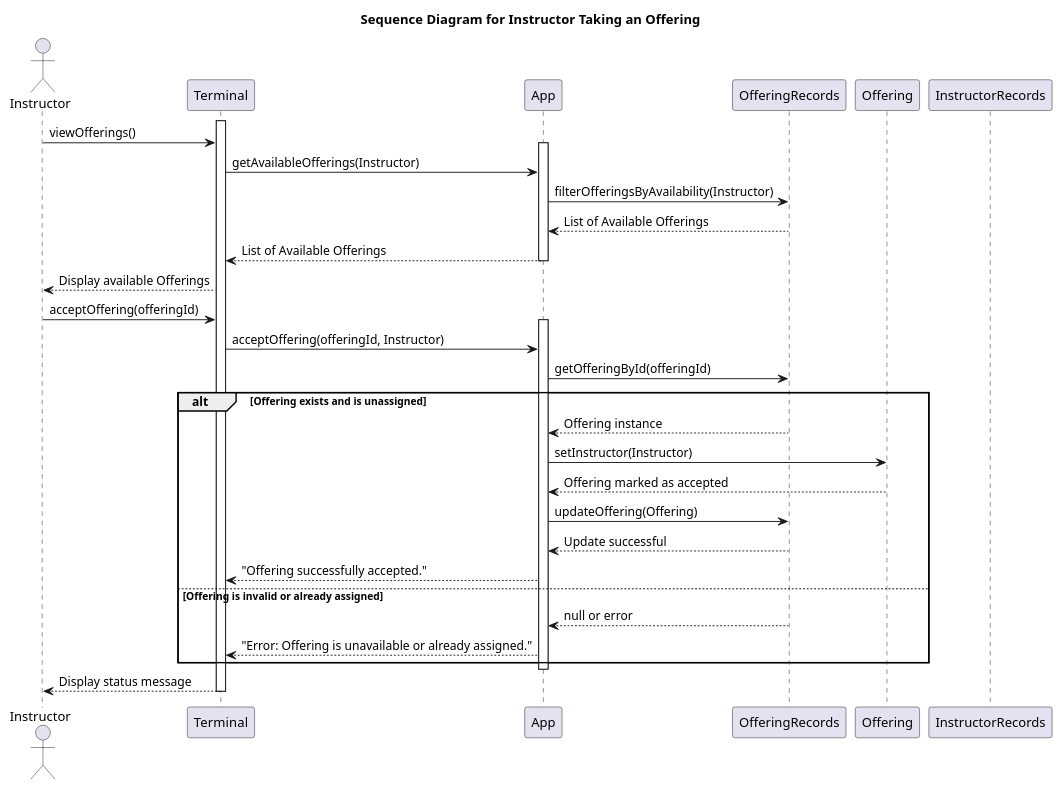
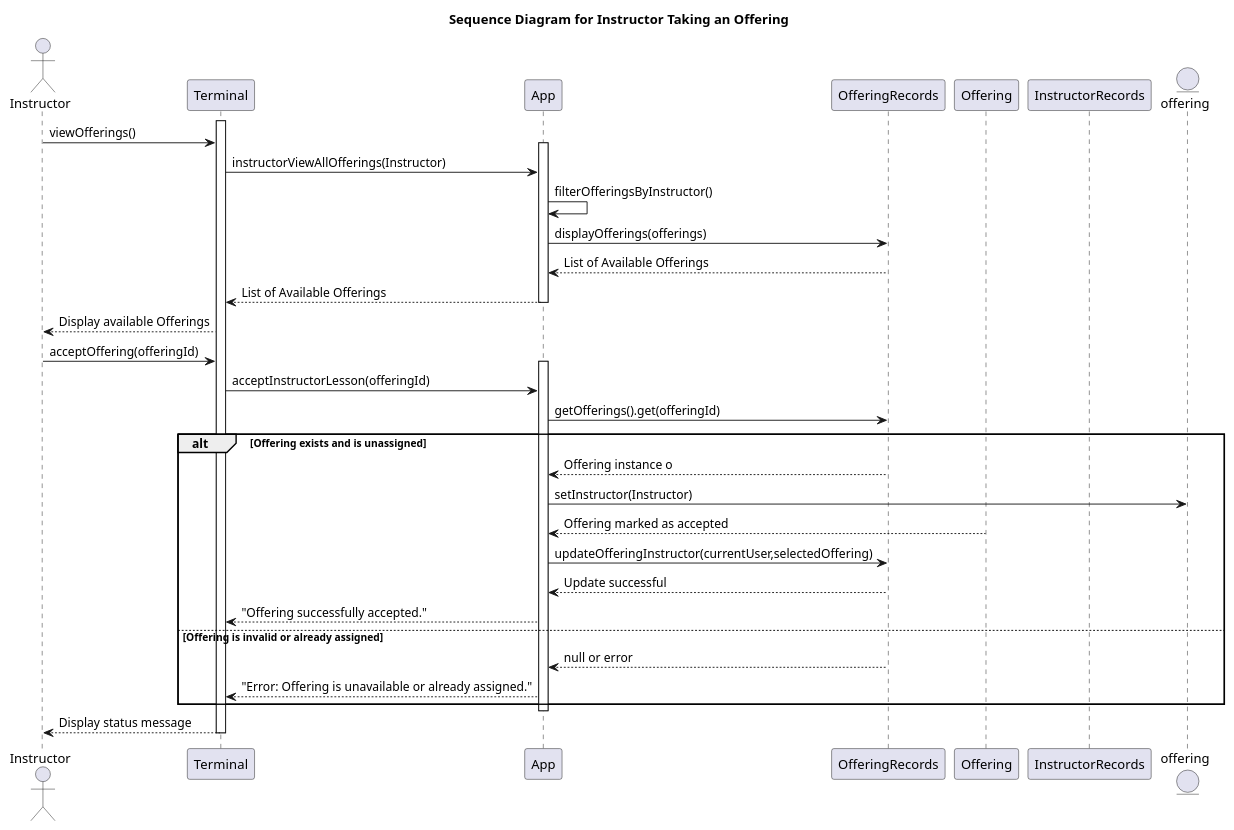
One commit to NathanGrenier/SOEN-342-Project changed the diagram in diagrams/src/critical-use-cases/take-offering/interaction-take-offering.pu. Above: the diagram before and after it, drawn with PlantUML. The commit also changed 1 other file, not shown here.

Commit message:
2: fix interaction diagrams to fit code

```diff
--- a/diagrams/src/critical-use-cases/take-offering/interaction-take-offering.pu
+++ b/diagrams/src/critical-use-cases/take-offering/interaction-take-offering.pu
@@ -1,44 +1,45 @@
 @startuml
 title Sequence Diagram for Instructor Taking an Offering
 
 actor Instructor
 participant Terminal
 participant App
 participant OfferingRecords
 participant Offering
 participant InstructorRecords
-
+entity offering
 activate Terminal
 
 Instructor -> Terminal: viewOfferings()
 activate App
-Terminal -> App: getAvailableOfferings(Instructor)
+Terminal -> App: instructorViewAllOfferings(Instructor)
 
-App -> OfferingRecords: filterOfferingsByAvailability(Instructor)
+App -> App: filterOfferingsByInstructor()
+App -> OfferingRecords: displayOfferings(offerings)
 OfferingRecords --> App: List of Available Offerings
 App --> Terminal: List of Available Offerings
 deactivate App
 Terminal --> Instructor: Display available Offerings
 
 Instructor -> Terminal: acceptOffering(offeringId)
 activate App
-Terminal -> App: acceptOffering(offeringId, Instructor)
+Terminal -> App: acceptInstructorLesson(offeringId)
 
-App -> OfferingRecords: getOfferingById(offeringId)
+App -> OfferingRecords: getOfferings().get(offeringId)
 alt Offering exists and is unassigned
-    OfferingRecords --> App: Offering instance
-    App -> Offering: setInstructor(Instructor)
+    OfferingRecords --> App: Offering instance o
+    App -> offering:setInstructor(Instructor)
     Offering --> App: Offering marked as accepted
-    App -> OfferingRecords: updateOffering(Offering)
+    App -> OfferingRecords: updateOfferingInstructor(currentUser,selectedOffering)
     OfferingRecords --> App: Update successful
     App --> Terminal: "Offering successfully accepted."
 else Offering is invalid or already assigned
     OfferingRecords --> App: null or error
     App --> Terminal: "Error: Offering is unavailable or already assigned."
 end
 
 deactivate App
 Terminal --> Instructor: Display status message
 
 deactivate Terminal
 @enduml
```
